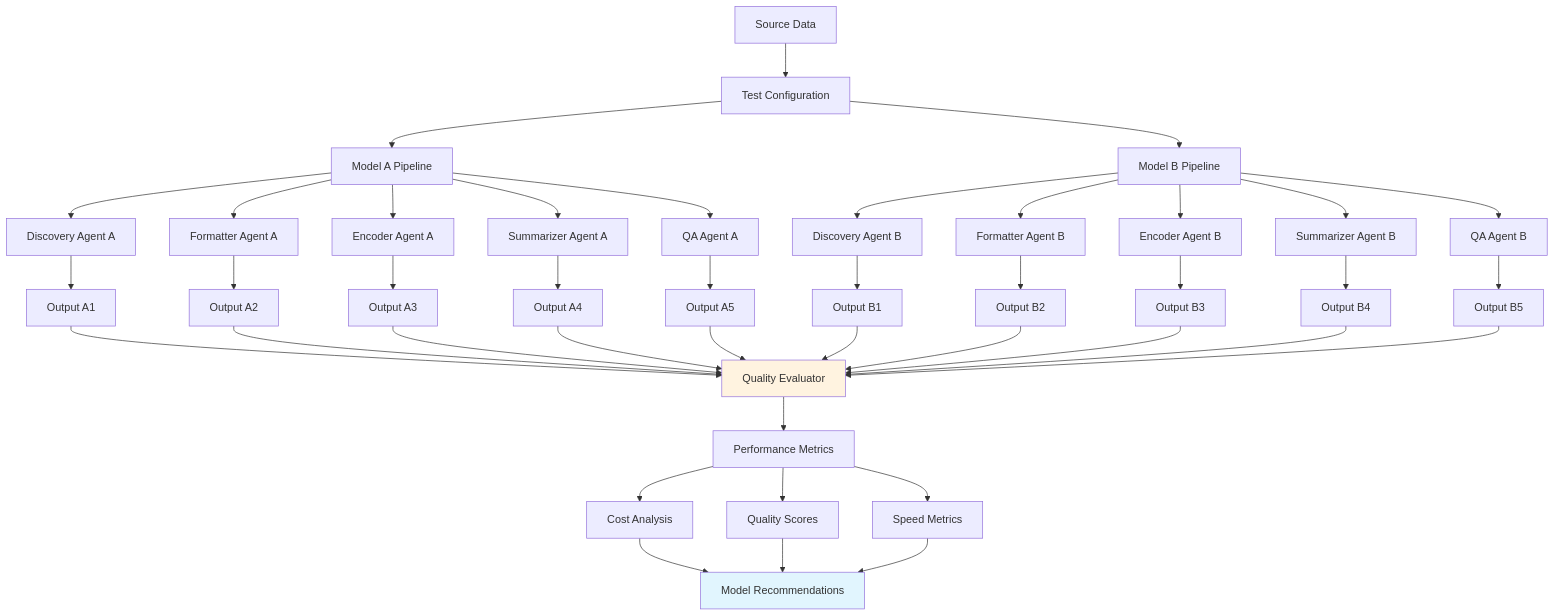
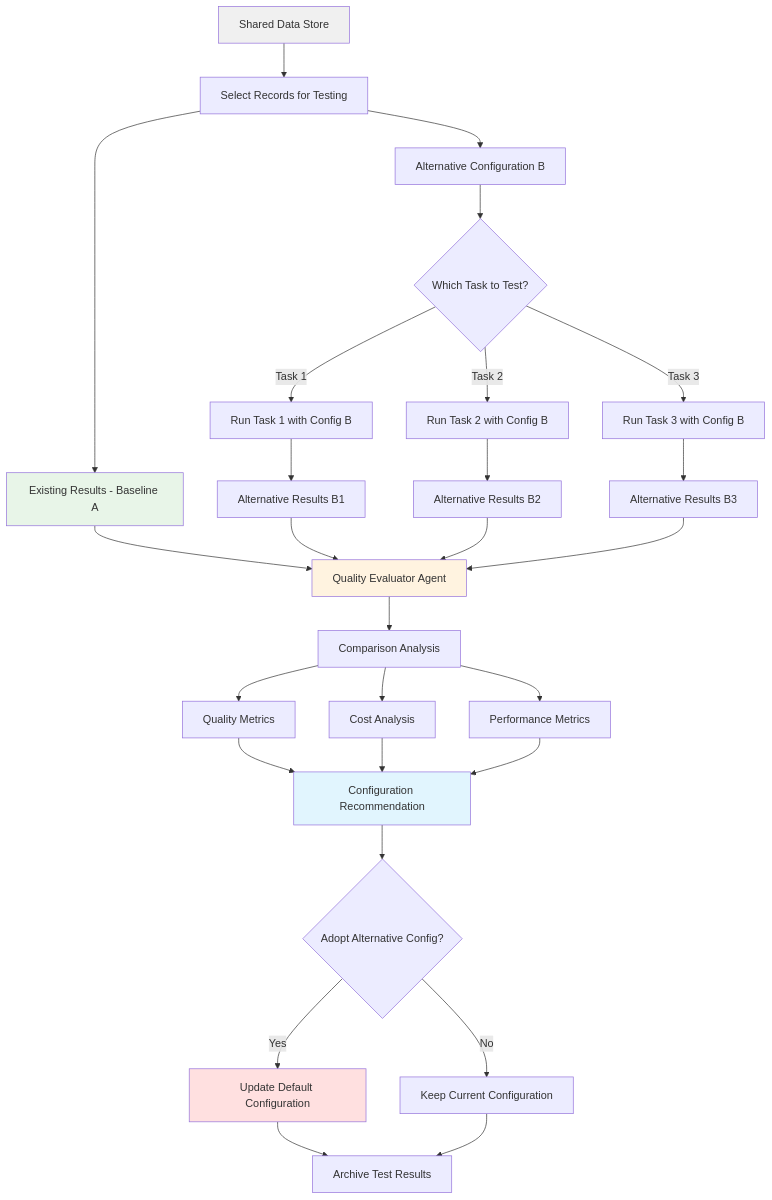
Before and after one commit to lago-morph/conference-summaries: the eighth of 9 diagrams in specs/conference-extractor/requirements.md, drawn with Mermaid. The commit also changed other lines of this file and 1 other file, not shown here.

Commit message:
Update A/B testing to task-specific configuration optimization
CORRECTED A/B TESTING APPROACH:
- Changed from full pipeline testing to individual task testing
- Use existing processed records as baseline 'A'
- Reprocess selected records with alternative configuration as 'B'
- Manual selection of record subsets for testing
- Task-specific optimization (Task 1, 2, or 3 individually)

UPDATED REQUIREMENTS:
- Requirement 13: Clarified task-specific A/B testing approach
- Updated glossary definition for A/B_Testing_System
- Focus on configuration optimization rather than pipeline comparison

UPDATED DIAGRAMS:
- A/B Testing Framework: Shows task selection and alternative config processing
- A/B Testing Workflow: Shows record selection and configuration decision process
- Removed full pipeline assumptions, added task-specific flows

IMPLEMENTATION CONTEXT:
- Added A/B Testing Execution Patterns with task-specific scenarios
- Detailed data management for preserving original vs alternative results
- Manual workflow for configuration optimization testing
- Quality evaluation and decision support framework

````diff
--- a/specs/conference-extractor/requirements.md
+++ b/specs/conference-extractor/requirements.md
@@ -505,53 +512,42 @@
 ```mermaid
 graph TD
-    A[Source Data] --> B[Test Configuration]
-    B --> C[Model A Pipeline]
-    B --> D[Model B Pipeline]
+    A[Shared Data Store] --> B[Select Records for Testing]
+    B --> C[Existing Results - Baseline A]
+    B --> D[Alternative Configuration B]
     
-    C --> E[Discovery Agent A]
-    C --> F[Formatter Agent A]
-    C --> G[Encoder Agent A]
-    C --> H[Summarizer Agent A]
-    C --> I[QA Agent A]
+    D --> E{Which Task to Test?}
+    E -->|Task 1| F[Run Task 1 with Config B]
+    E -->|Task 2| G[Run Task 2 with Config B]
+    E -->|Task 3| H[Run Task 3 with Config B]
     
-    D --> J[Discovery Agent B]
-    D --> K[Formatter Agent B]
-    D --> L[Encoder Agent B]
-    D --> M[Summarizer Agent B]
-    D --> N[QA Agent B]
+    F --> I[Alternative Results B1]
+    G --> J[Alternative Results B2]
+    H --> K[Alternative Results B3]
     
-    E --> O[Output A1]
-    F --> P[Output A2]
-    G --> Q[Output A3]
-    H --> R[Output A4]
-    I --> S[Output A5]
+    C --> L[Quality Evaluator Agent]
+    I --> L
+    J --> L
+    K --> L
     
-    J --> T[Output B1]
-    K --> U[Output B2]
-    L --> V[Output B3]
-    M --> W[Output B4]
-    N --> X[Output B5]
+    L --> M[Comparison Analysis]
+    M --> N[Quality Metrics]
+    M --> O[Cost Analysis]
+    M --> P[Performance Metrics]
     
-    O --> Y[Quality Evaluator]
-    P --> Y
-    Q --> Y
-    R --> Y
-    S --> Y
-    T --> Y
-    U --> Y
-    V --> Y
-    W --> Y
-    X --> Y
+    N --> Q[Configuration Recommendation]
+    O --> Q
+    P --> Q
     
-    Y --> Z[Performance Metrics]
-    Z --> AA[Cost Analysis]
-    Z --> BB[Quality Scores]
-    Z --> CC[Speed Metrics]
+    Q --> R{Adopt Alternative Config?}
+    R -->|Yes| S[Update Default Configuration]
+    R -->|No| T[Keep Current Configuration]
     
-    AA --> DD[Model Recommendations]
-    BB --> DD
-    CC --> DD
+    S --> U[Archive Test Results]
+    T --> U
     
-    style Y fill:#fff3e0
-    style DD fill:#e1f5fe
+    style A fill:#f0f0f0
+    style C fill:#e8f5e8
+    style L fill:#fff3e0
+    style Q fill:#e1f5fe
+    style S fill:#ffe0e0
 ```
````
